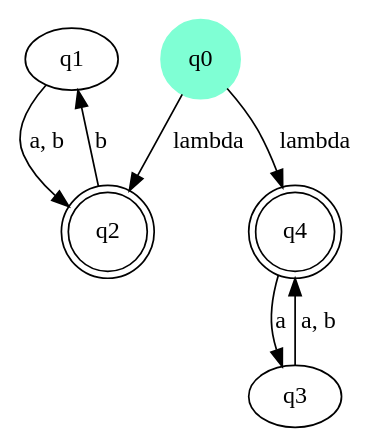
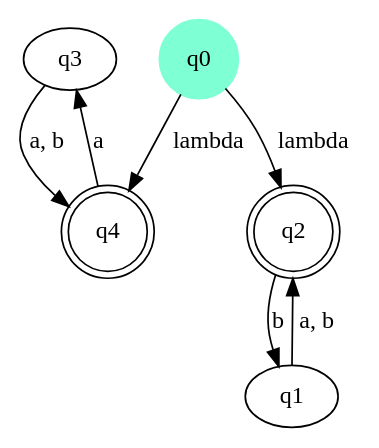
One commit to nascarsayan/nfa2dfa changed the diagram in input/25d/nfa.gv. Above: the diagram before and after it, drawn with Graphviz. The commit also changed other lines of this file and 27 other files, not shown here.

```diff
--- a/input/25d/nfa.gv
+++ b/input/25d/nfa.gv
@@ -1,17 +1,17 @@
 // FSM
 digraph {
+	q3
 	q1
-	q3
 	node [shape=doublecircle]
 	q4
 	q2
 	node [color=aquamarine shape=circle style=filled]
 	q0
 	node [shape=circle]
 	q0 -> q4 [label=lambda]
 	q0 -> q2 [label=lambda]
 	q1 -> q2 [label="a, b"]
 	q2 -> q1 [label=b]
 	q3 -> q4 [label="a, b"]
 	q4 -> q3 [label=a]
 }
```
